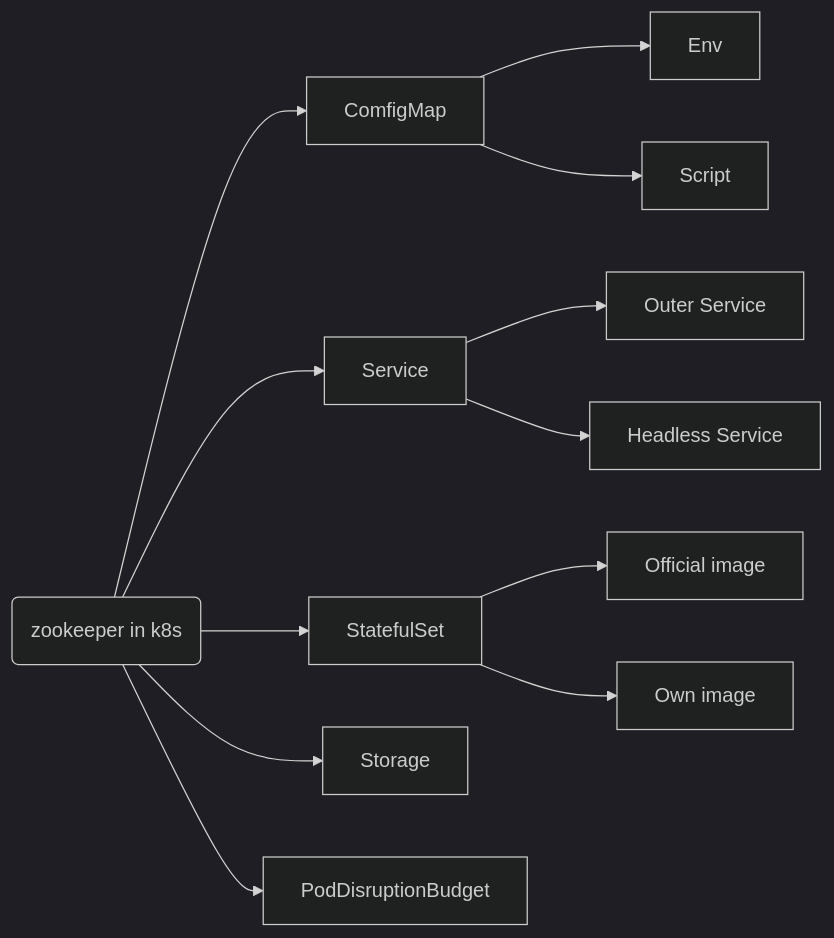
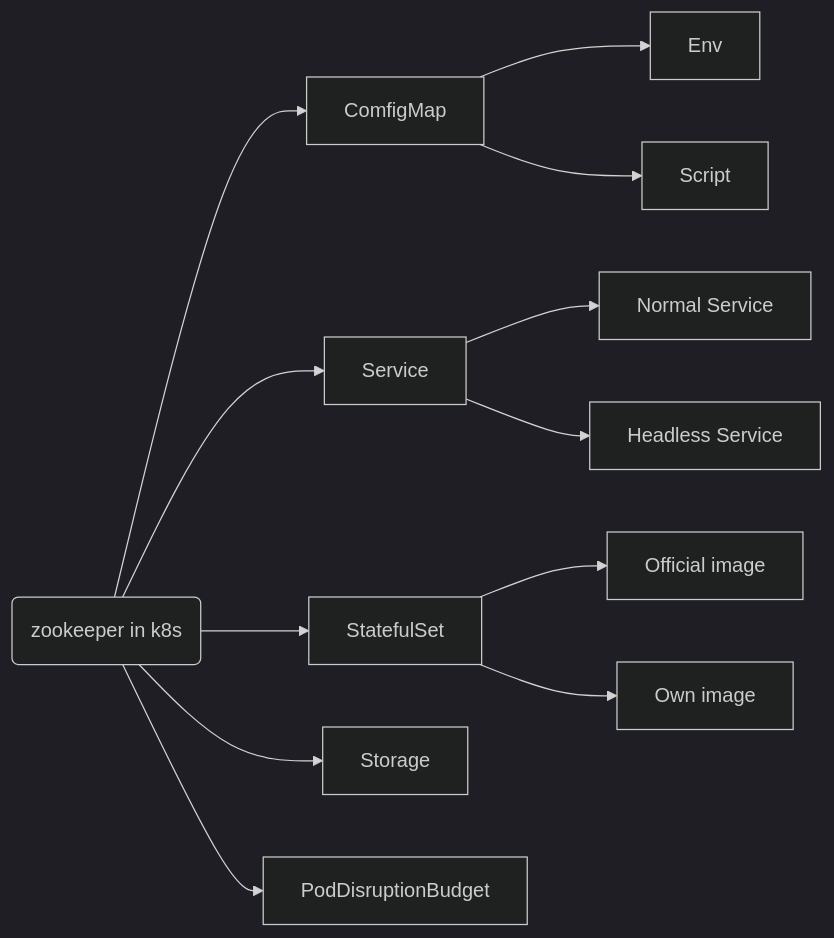
The second of 2 diagrams in 11月月度工作汇报.md (JackZxj/my-notes), drawn with Mermaid (dark theme) before and after one commit. The commit also changed other lines of this file and 8 other files, not shown here.

````diff
--- a/11月月度工作汇报.md
+++ b/11月月度工作汇报.md
@@ -51,14 +51,14 @@
 ```mermaid
 graph LR
     A(zookeeper in k8s) --> B[ComfigMap]
     A --> C[Service]
     B --> E[Env]
     B --> F[Script]
-    C --> G[Outer Service]
+    C --> G[Normal Service]
     C --> H[Headless Service]
     A --> I[StatefulSet]
     A --> J[Storage]
     I --> K[Official image]
     I --> L[Own image]
     A --> D[PodDisruptionBudget]
 ```
````
